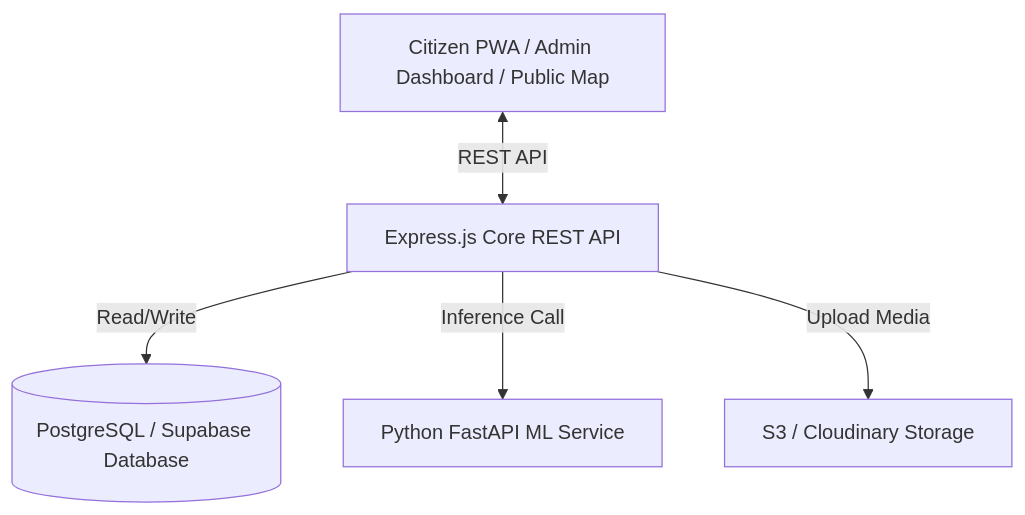
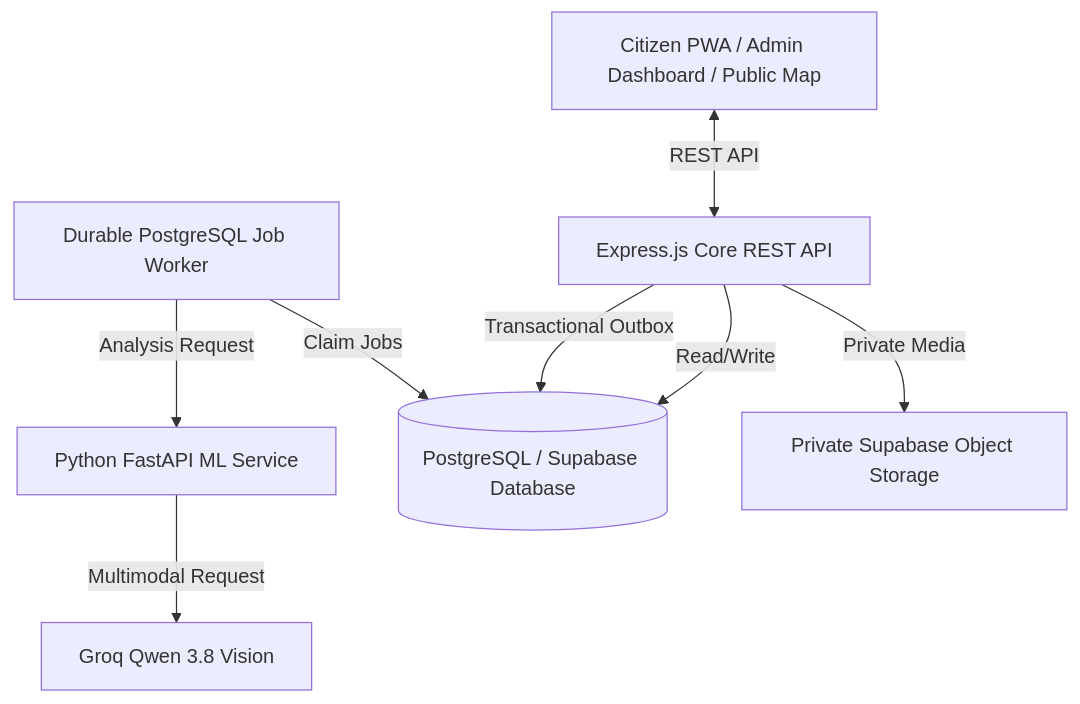
One commit to Fardeennnnnnnnnnkhan/Civique changed the first of 2 diagrams in Implementation.md. Above: the diagram before and after it, drawn with Mermaid. The commit also changed other lines of this file and 116 other files, not shown here.

````diff
--- a/Implementation.md
+++ b/Implementation.md
@@ -39,13 +43,18 @@
 ```mermaid
 graph TD
     Client[Citizen PWA / Admin Dashboard / Public Map]
     Express[Express.js Core REST API]
     FastAPI[Python FastAPI ML Service]
+    Groq[Groq Qwen 3.8 Vision]
+    Worker[Durable PostgreSQL Job Worker]
     PostgreSQL[(PostgreSQL / Supabase Database)]
-    S3[S3 / Cloudinary Storage]
+    S3[Private Supabase Object Storage]
 
     Client <-->|REST API| Express
     Express -->|Read/Write| PostgreSQL
-    Express -->|Inference Call| FastAPI
-    Express -->|Upload Media| S3
+    Express -->|Transactional Outbox| PostgreSQL
+    Worker -->|Claim Jobs| PostgreSQL
+    Worker -->|Analysis Request| FastAPI
+    FastAPI -->|Multimodal Request| Groq
+    Express -->|Private Media| S3
 ```
````
